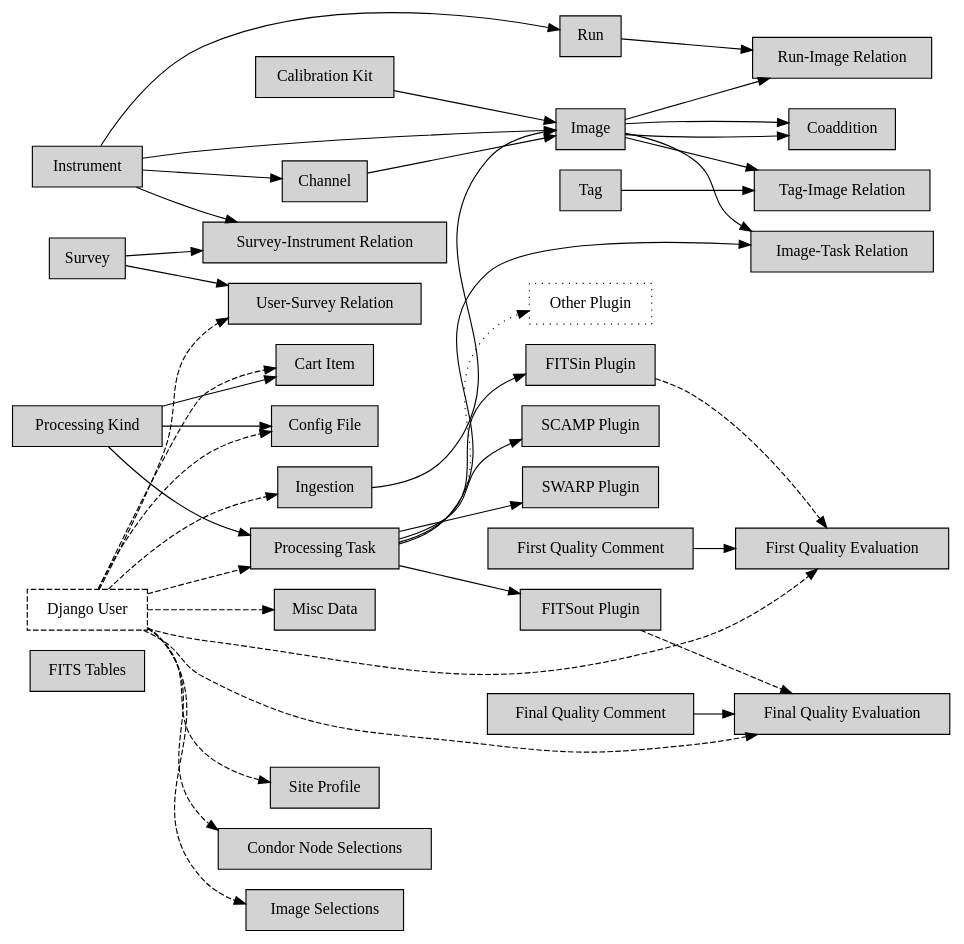
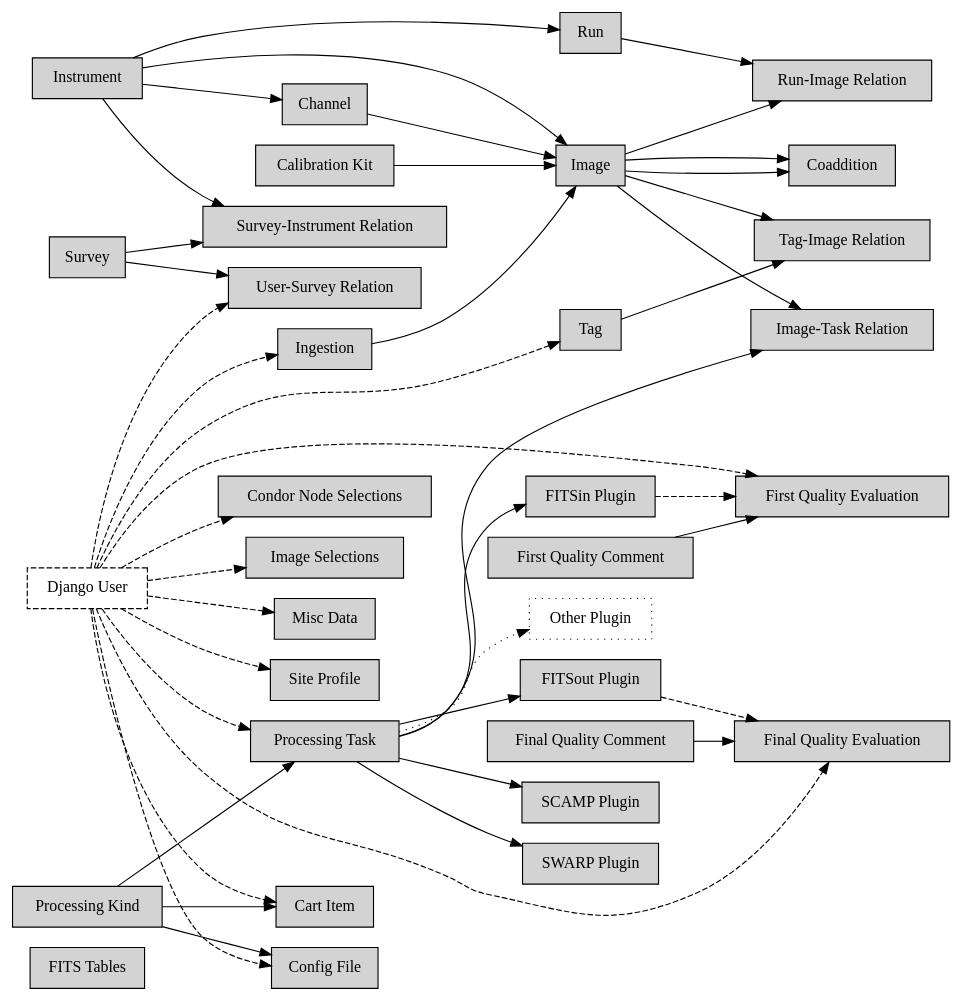
One commit to gotsunami/Youpi changed the diagram in doc/handbook/figures/codasyl.dot. Above: the diagram before and after it, drawn with Graphviz. The commit also changed 2 other files, not shown here.

Commit message:
Handbook updated with new User--Tag relation

```diff
--- a/doc/handbook/figures/codasyl.dot
+++ b/doc/handbook/figures/codasyl.dot
@@ -1,84 +1,85 @@
 /*
  * Youpi's CODASYL logical model
  *
  */
 digraph codasyl { 
 	rankdir = LR;
 	node [shape = box, style = filled];
 
 	/* Standalone records */
 	"FITS Tables";
 
 	/* Linked records */
 	calib [label="Calibration Kit"];
 	imgsel [label="Image Selections"];
 	task [label="Processing Task"];
 	relri [label="Run-Image Relation"];
 	carti [label="Cart Item"];
 	relsi [label="Survey-Instrument Relation"];
 	relit [label="Image-Task Relation"];
 	relus [label="User-Survey Relation"];
 	reltagi [label="Tag-Image Relation"];
 	kind [label="Processing Kind"];
 	plugfitsin [label="FITSin Plugin"];
 	plugfitsout [label="FITSout Plugin"];
 	plugscamp [label="SCAMP Plugin"];
 	plugswarp [label="SWARP Plugin"];
 	plugother [label="Other Plugin", style=dotted];
 	user [label="Django User", style=dashed];
 	miscdata [label="Misc Data"];
 	configfile [label="Config File"];
 	ingrading [label="First Quality Evaluation"];
 	outgrading [label="Final Quality Evaluation"];
 	incomment [label="First Quality Comment"];
 	outcomment [label="Final Quality Comment"];
 	siteprofile [label="Site Profile"];
 	condornodesel [label="Condor Node Selections"];
 
 	/* Sets */
 	calib -> Image;
 	Channel -> Image;
 	Ingestion -> Image;
 	Instrument -> Image;
 	Image -> Coaddition;
 	Image -> Coaddition;
 	Image -> relri;
 	Image -> relit;
 	Image -> reltagi;
 	task -> plugfitsin;
 	task -> plugfitsout;
 	task -> plugscamp;
 	task -> plugswarp;
 	task -> plugother[style=dotted];
 	Run -> relri;
 
 	user -> carti[style=dashed];
 	user -> task[style=dashed];
 	user -> Ingestion[style=dashed];
 	user -> imgsel[style=dashed];
 	user -> miscdata[style=dashed];
 	user -> configfile[style=dashed];
 	user -> ingrading[style=dashed];
 	user -> outgrading[style=dashed];
 	user -> siteprofile[style=dashed];
 	user -> condornodesel[style=dashed];
 	user -> relus[style=dashed];
+	user -> Tag[style=dashed];
 	plugfitsin -> ingrading[style=dashed];
 	plugfitsout -> outgrading[style=dashed];
 	
 	Instrument -> Channel;
 	Instrument -> Run;
 	Survey -> relsi;
 	Survey -> relus;
 	Instrument -> relsi;
 
 	kind -> task;
 	kind -> configfile;
 	kind -> carti;
 
 	task -> relit;
 	Tag -> reltagi;
 
 	incomment -> ingrading;
 	outcomment -> outgrading;
 } 
```
